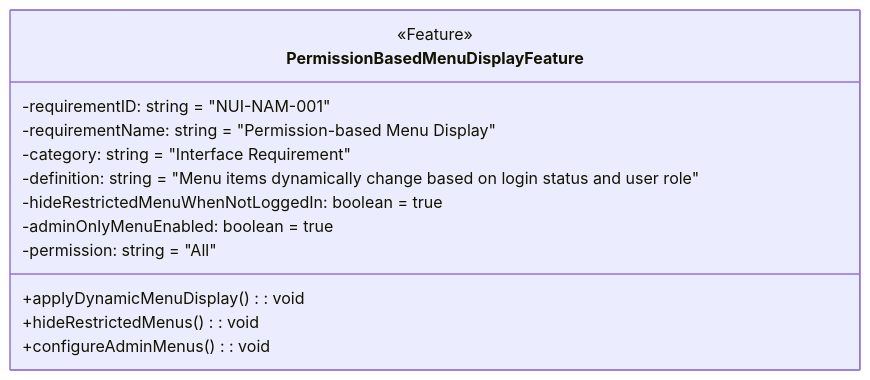
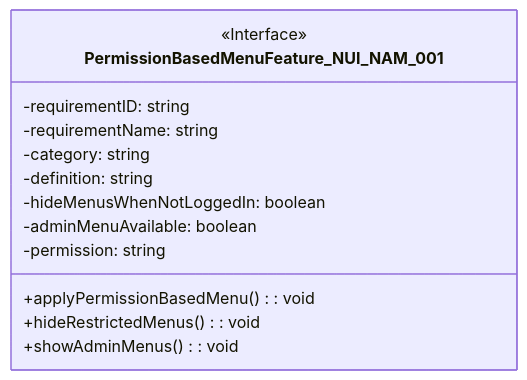
One commit to sun922/University-SoftwareDesign changed diagram 17 of 32 in 1. Requirement Analysis/Software Requirements Specification.md. Above: the diagram before and after it, drawn with Mermaid. The commit also changed other lines of this file, not shown here.

````diff
--- a/1. Requirement Analysis/Software Requirements Specification.md
+++ b/1. Requirement Analysis/Software Requirements Specification.md
@@ -517,18 +520,17 @@
 ```mermaid
 classDiagram
-    class PermissionBasedMenuDisplayFeature {
-        <<Feature>>
-        -requirementID: string = "NUI-NAM-001"
-        -requirementName: string = "Permission-based Menu Display"
-        -category: string = "Interface Requirement"
-        -definition: string = "Menu items dynamically change based on login status and user role"
-        -hideRestrictedMenuWhenNotLoggedIn: boolean = true
-        -adminOnlyMenuEnabled: boolean = true
-        -permission: string = "All"
+    class PermissionBasedMenuFeature_NUI_NAM_001 {
+        <<Interface>>
+        -requirementID: string
+        -requirementName: string
+        -category: string
+        -definition: string
+        -hideMenusWhenNotLoggedIn: boolean
+        -adminMenuAvailable: boolean
+        -permission: string
 
-        +applyDynamicMenuDisplay(): void
+        +applyPermissionBasedMenu(): void
         +hideRestrictedMenus(): void
-        +configureAdminMenus(): void
+        +showAdminMenus(): void
     }
-
 ```
````
